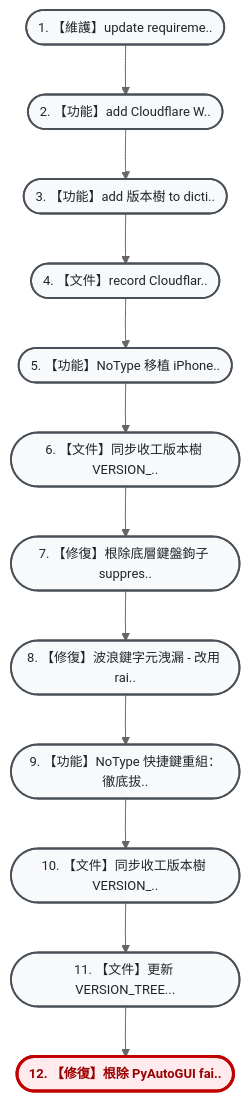
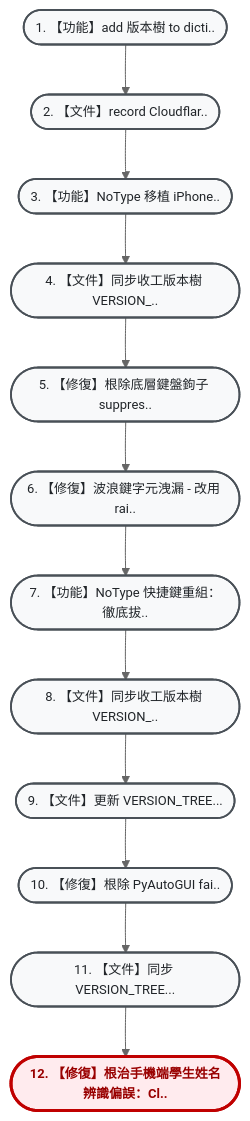
The diagram in VERSION_TREE.md (hjen8/NoType-Scribe), drawn with Mermaid (neutral theme) before and after one commit. The commit also changed other lines of this file, not shown here.

Commit message:
【文件】同步 VERSION_TREE.md 歷史版本樹 (e1c1c9f)

````diff
--- a/VERSION_TREE.md
+++ b/VERSION_TREE.md
@@ -13,30 +13,30 @@
 ```mermaid
 flowchart TD
     %% 雙壁版本樹專用視覺化配色風格 (由上而下 TD 垂直大字純中文版)
     classDef default fill:#f8f9fa,stroke:#495057,stroke-width:1.8px,color:#212529,font-size:13px;
     classDef current fill:#ffebee,stroke:#c00000,stroke-width:3px,color:#900,font-weight:bold,font-size:13px;
     classDef mergeNode fill:#e3f2fd,stroke:#1565c0,stroke-width:2px,color:#0d47a1,font-size:13px;
-    n_4a3ea27(["1. 【維護】update requireme.."]):::default
-    n_a05b1df(["2. 【功能】add Cloudflare W.."]):::default
-    n_18e4ca1(["3. 【功能】add 版本樹 to dicti.."]):::default
-    n_47c4704(["4. 【文件】record Cloudflar.."]):::default
-    n_58bbc8c(["5. 【功能】NoType 移植 iPhone.."]):::default
-    n_7723cba(["6. 【文件】同步收工版本樹 VERSION_.."]):::default
-    n_e2bc0e4(["7. 【修復】根除底層鍵盤鉤子 suppres.."]):::default
-    n_3a6b4ee(["8. 【修復】波浪鍵字元洩漏 - 改用 rai.."]):::default
-    n_112030c(["9. 【功能】NoType 快捷鍵重組：徹底拔.."]):::default
-    n_fde5927(["10. 【文件】同步收工版本樹 VERSION_.."]):::default
-    n_d139599(["11. 【文件】更新 VERSION_TREE..."]):::default
-    n_9ebe870(["12. 【修復】根除 PyAutoGUI fai.."]):::current
-    n_4a3ea27 --> n_a05b1df
-    n_a05b1df --> n_18e4ca1
+    n_18e4ca1(["1. 【功能】add 版本樹 to dicti.."]):::default
+    n_47c4704(["2. 【文件】record Cloudflar.."]):::default
+    n_58bbc8c(["3. 【功能】NoType 移植 iPhone.."]):::default
+    n_7723cba(["4. 【文件】同步收工版本樹 VERSION_.."]):::default
+    n_e2bc0e4(["5. 【修復】根除底層鍵盤鉤子 suppres.."]):::default
+    n_3a6b4ee(["6. 【修復】波浪鍵字元洩漏 - 改用 rai.."]):::default
+    n_112030c(["7. 【功能】NoType 快捷鍵重組：徹底拔.."]):::default
+    n_fde5927(["8. 【文件】同步收工版本樹 VERSION_.."]):::default
+    n_d139599(["9. 【文件】更新 VERSION_TREE..."]):::default
+    n_9ebe870(["10. 【修復】根除 PyAutoGUI fai.."]):::default
+    n_9480dc7(["11. 【文件】同步 VERSION_TREE..."]):::default
+    n_e1c1c9f(["12. 【修復】根治手機端學生姓名辨識偏誤：Cl.."]):::current
     n_18e4ca1 --> n_47c4704
     n_47c4704 --> n_58bbc8c
     n_58bbc8c --> n_7723cba
     n_7723cba --> n_e2bc0e4
     n_e2bc0e4 --> n_3a6b4ee
     n_3a6b4ee --> n_112030c
     n_112030c --> n_fde5927
     n_fde5927 --> n_d139599
     n_d139599 --> n_9ebe870
+    n_9ebe870 --> n_9480dc7
+    n_9480dc7 --> n_e1c1c9f
 ```
````
